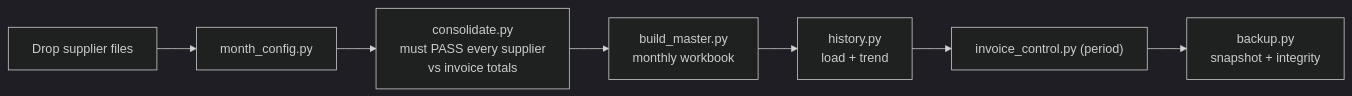
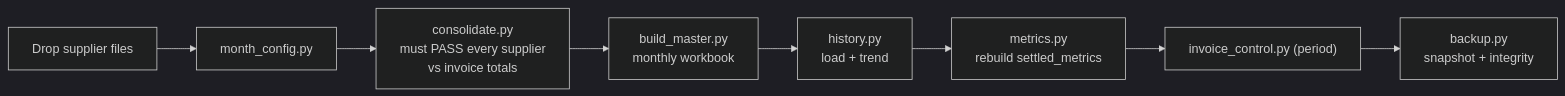
Before and after one commit to kristapsgoncoronoks-ship-it/Bid_it: the third of 13 diagrams in docs/DIAGRAMS.md, drawn with Mermaid (dark theme). The commit also changed other lines of this file and 6 other files, not shown here.

First line of the commit message:
docs: sync reference/architecture with this session + add FUTURE_PLAN

````diff
--- a/docs/DIAGRAMS.md
+++ b/docs/DIAGRAMS.md
@@ -108,9 +117,10 @@
 ```mermaid
 flowchart LR
     D["Drop supplier files"] --> MC["month_config.py"]
     MC --> C["consolidate.py<br/>must PASS every supplier<br/>vs invoice totals"]
     C --> B["build_master.py<br/>monthly workbook"]
     B --> H["history.py<br/>load + trend"]
-    H --> IC["invoice_control.py (period)"]
+    H --> MET["metrics.py<br/>rebuild settled_metrics"]
+    MET --> IC["invoice_control.py (period)"]
     IC --> BK["backup.py<br/>snapshot + integrity"]
 ```
````
